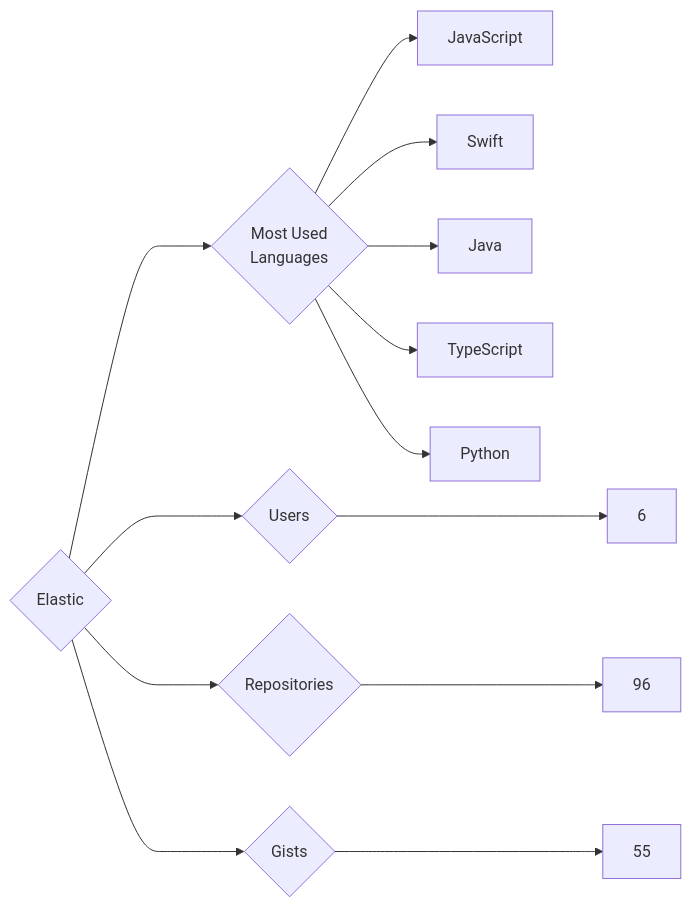
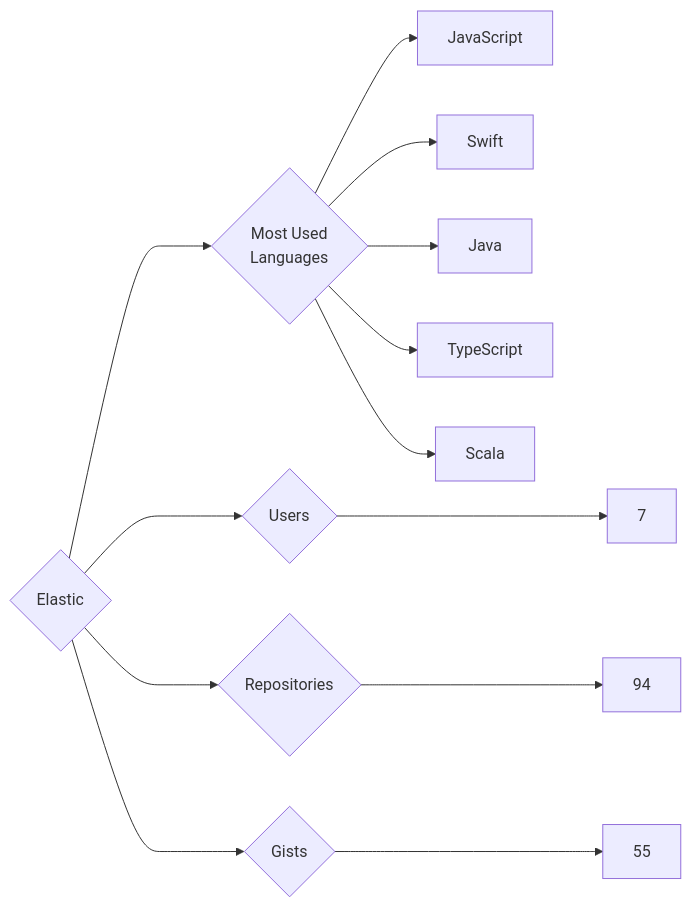
Before and after one commit to trickest/insiders: the diagram in targets/Elastic/README.md, drawn with Mermaid. The commit also changed 1167 other files, not shown here.

````diff
--- a/targets/Elastic/README.md
+++ b/targets/Elastic/README.md
@@ -3,13 +3,13 @@
 ```mermaid
 graph LR
 COMPANY_NAME{Elastic}
-COMPANY_NAME ---> U{Users} ---> UN[6]
-COMPANY_NAME ---> R{Repositories} ---> RN[96]
+COMPANY_NAME ---> U{Users} ---> UN[7]
+COMPANY_NAME ---> R{Repositories} ---> RN[94]
 COMPANY_NAME ---> G{Gists} ---> GN[55]
 COMPANY_NAME ---> ML{Most Used<br>Languages}
 ML --> JavaScript[JavaScript]
 ML --> Swift[Swift]
 ML --> Java[Java]
 ML --> TypeScript[TypeScript]
-ML --> Python[Python]
+ML --> Scala[Scala]
 ```
````
